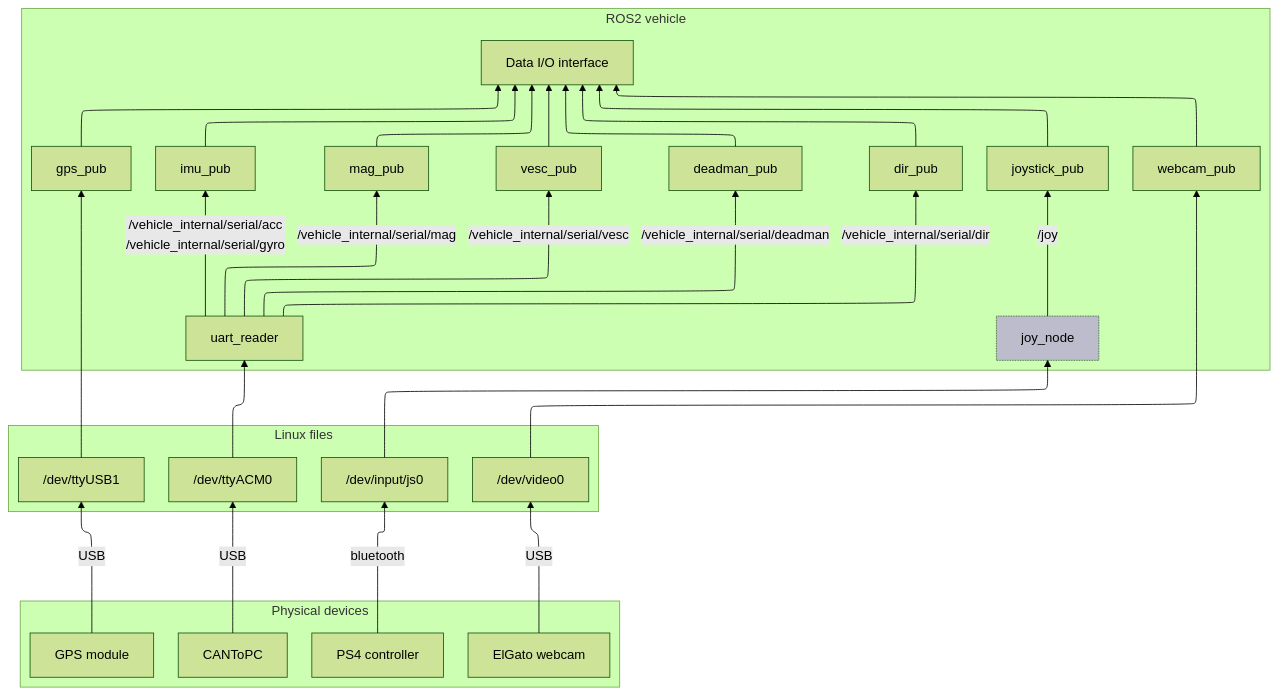
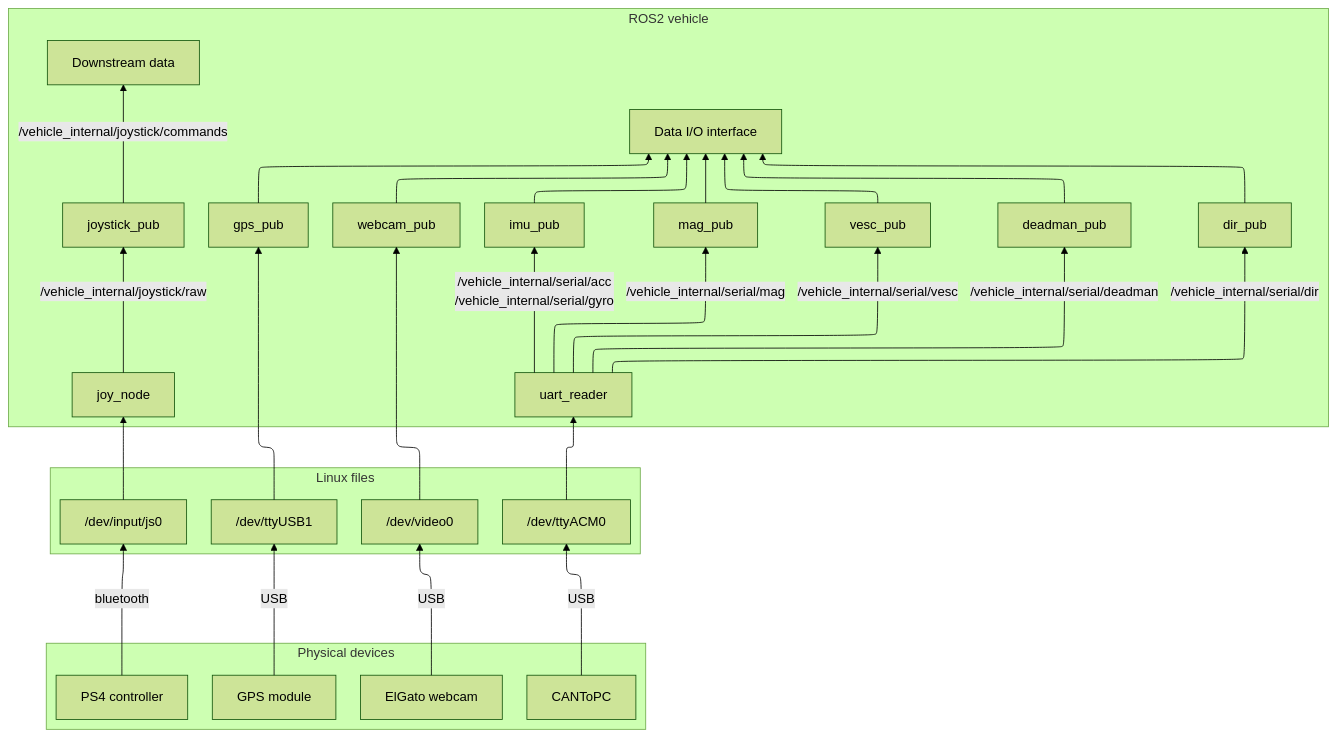
Before and after one commit to TecnicoFuelCell/autonomous-systems-vehicle: the second of 2 diagrams in README.md, drawn with Mermaid (forest theme). The commit also changed other lines of this file and 6 other files, not shown here.

````diff
--- a/README.md
+++ b/README.md
@@ -38,72 +38,73 @@
 ```mermaid
 ---
 config:
   layout: elk
 ---
 flowchart BT
  subgraph s1["ROS2 vehicle"]
         n1["deadman_pub"]
         n2["dir_pub"]
         n3["gps_pub"]
         n4["imu_pub"]
         n5["joystick_pub"]
         n6["mag_pub"]
         n7["uart_reader"]
         n8["vesc_pub"]
         n9["webcam_pub"]
         n12["joy_node"]
         n19["Data I/O interface"]
+        n20["Downstream data"]
   end
  subgraph s2["Linux files"]
         n10["/dev/ttyUSB1"]
         n11["/dev/input/js0"]
         n13["/dev/ttyACM0"]
         n14["/dev/video0"]
   end
  subgraph s3["Physical devices"]
         n15["GPS module"]
         n16["PS4 controller"]
         n17["CANToPC"]
         n18["ElGato webcam"]
   end
     n7 -- /vehicle_internal/serial/acc <br>/vehicle_internal/serial/gyro --> n4
     n7 -- /vehicle_internal/serial/dir --> n2
     n7 -- /vehicle_internal/serial/deadman --> n1
     n7 -- /vehicle_internal/serial/vesc --> n8
     n7 -- /vehicle_internal/serial/mag --> n6
     n11 --> n12
     n13 --> n7
-    n12 -- /joy --> n5
+    n12 -- /vehicle_internal/joystick/raw --> n5
     n14 --> n9
     n10 --> n3
     n15 -- USB --> n10
     n16 -- bluetooth --> n11
     n17 -- USB --> n13
     n18 -- USB --> n14
     n3 --> n19
-    n5 --> n19
     n9 --> n19
     n6 --> n19
     n8 --> n19
     n1 --> n19
     n2 --> n19
     n4 --> n19
+    n5 -- /vehicle_internal/joystick/commands --> n20
 
     n2@{ shape: rect}
     n3@{ shape: rect}
     n4@{ shape: rect}
     n5@{ shape: rect}
     n6@{ shape: rect}
     n7@{ shape: rect}
     n8@{ shape: rect}
     n9@{ shape: rect}
     n19@{ shape: rect}
+    n20@{ shape: rect}
     n10@{ shape: rect}
     n11@{ shape: rect}
     n13@{ shape: rect}
     n15@{ shape: rect}
     n16@{ shape: rect}
     n17@{ shape: rect}
     n18@{ shape: rect}
-    style n12 fill:#BDBCCC,stroke-width:1px,stroke-dasharray: 1
 ```
````
